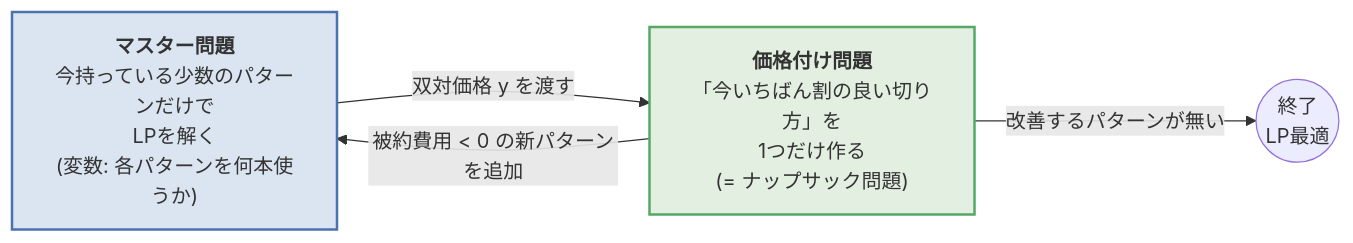
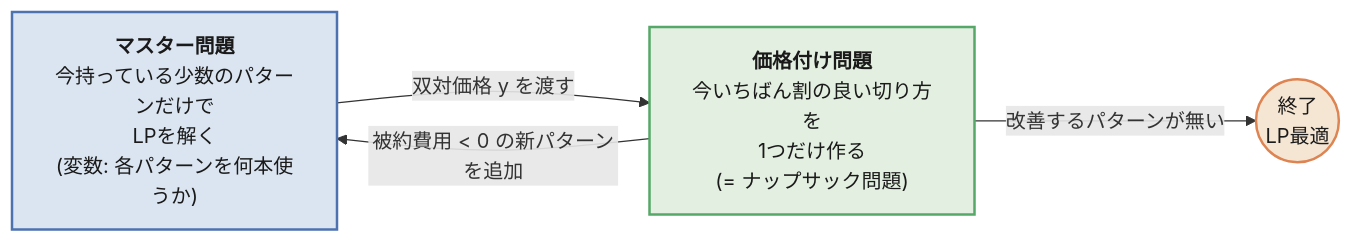
The first of 3 diagrams in articles/column-generation.md (ctenopoma/zenn-contents), drawn with Mermaid before and after one commit. The commit also changed other lines of this file and 8 other files, not shown here.

````diff
--- a/articles/column-generation.md
+++ b/articles/column-generation.md
@@ -108,13 +198,14 @@
 ```mermaid
 graph LR
     M["<b>マスター問題</b><br/>今持っている少数のパターンだけで<br/>LPを解く<br/>(変数: 各パターンを何本使うか)"]
-    S["<b>価格付け問題</b><br/>「今いちばん割の良い切り方」を<br/>1つだけ作る<br/>(= ナップサック問題)"]
+    S["<b>価格付け問題</b><br/>今いちばん割の良い切り方を<br/>1つだけ作る<br/>(= ナップサック問題)"]
     E(("終了<br/>LP最適"))
 
     M -- "双対価格 y を渡す" --> S
     S -- "被約費用 &lt; 0 の新パターンを追加" --> M
     S -- "改善するパターンが無い" --> E
 
-    style M fill:#dbe5f1,stroke:#4C72B0,stroke-width:2px
-    style S fill:#e3efe0,stroke:#55A868,stroke-width:2px
+    style M fill:#dbe5f1,stroke:#4C72B0,stroke-width:2px,color:#1a1a1a
+    style S fill:#e3efe0,stroke:#55A868,stroke-width:2px,color:#1a1a1a
+    style E fill:#f5e6d3,stroke:#DD8452,stroke-width:2px,color:#1a1a1a
 ```
````
